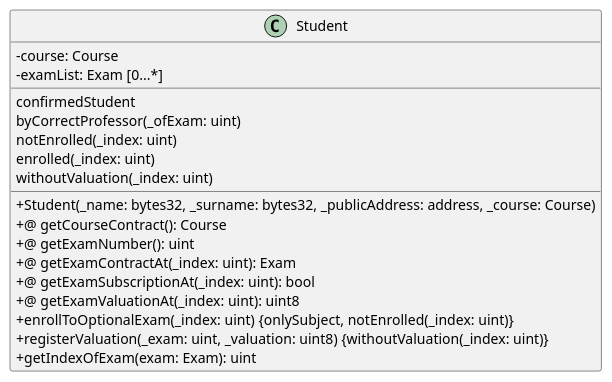
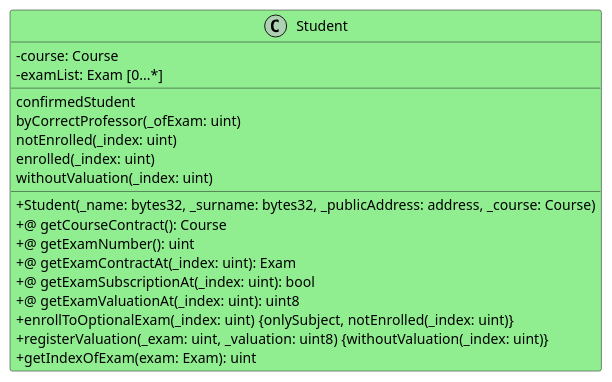
One commit to M9k/Marvin-Uml changed the diagram in Solidity/Contracts/Student.iuml. Above: the diagram before and after it, drawn with PlantUML. The commit also changed 9 other files, not shown here.

```diff
--- a/Solidity/Contracts/Student.iuml
+++ b/Solidity/Contracts/Student.iuml
@@ -1,23 +1,23 @@
 @startuml
 skinparam classAttributeIconSize 0
-class Student {
+class Student #LightGreen {
 - course: Course
 - examList: Exam [0...*]
 __
 confirmedStudent
 byCorrectProfessor(_ofExam: uint)
 notEnrolled(_index: uint)
 enrolled(_index: uint)
 withoutValuation(_index: uint)
 __
 + Student(_name: bytes32, _surname: bytes32, _publicAddress: address, _course: Course)
 +@ getCourseContract(): Course
 +@ getExamNumber(): uint
 +@ getExamContractAt(_index: uint): Exam
 +@ getExamSubscriptionAt(_index: uint): bool
 +@ getExamValuationAt(_index: uint): uint8
 + enrollToOptionalExam(_index: uint) {onlySubject, notEnrolled(_index: uint)}
 + registerValuation(_exam: uint, _valuation: uint8) {withoutValuation(_index: uint)}
 + getIndexOfExam(exam: Exam): uint
 }
 @enduml
```
